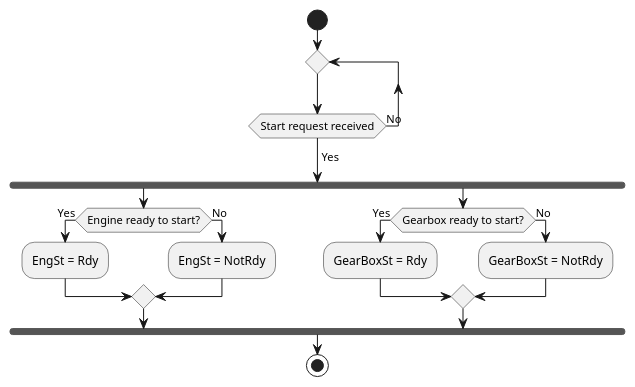
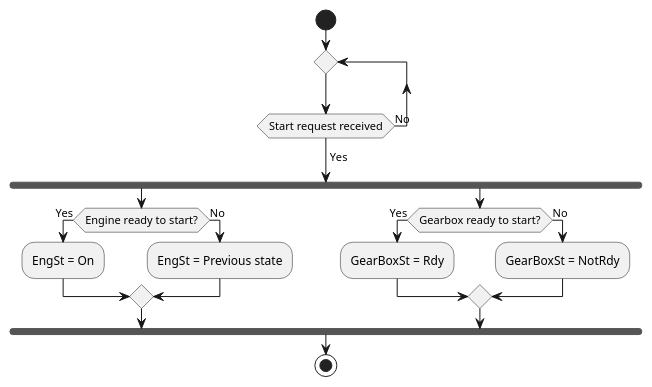
Before and after one commit to lmodig93/Project_GroupC: the diagram in 0_UserStories/StartRequest.PLANTUML, drawn with PlantUML. The commit also changed 3 other files, not shown here.

```diff
--- a/0_UserStories/StartRequest.PLANTUML
+++ b/0_UserStories/StartRequest.PLANTUML
@@ -1,25 +1,20 @@
 @startuml StartRequest
 start
 repeat
 repeat while (Start request received) is (No);
 ->Yes;
 fork
     if(Engine ready to start?) then (Yes)
-        :EngSt = Rdy;
+        :EngSt = On;
     else(No)
-        :EngSt = NotRdy;
+        :EngSt = Previous state;
     endif
 fork again
     if(Gearbox ready to start?) then (Yes)
         :GearBoxSt = Rdy;
     else(No)
         :GearBoxSt = NotRdy;
     endif
 end fork
 stop
-
-
-
-
-
 @enduml
```
